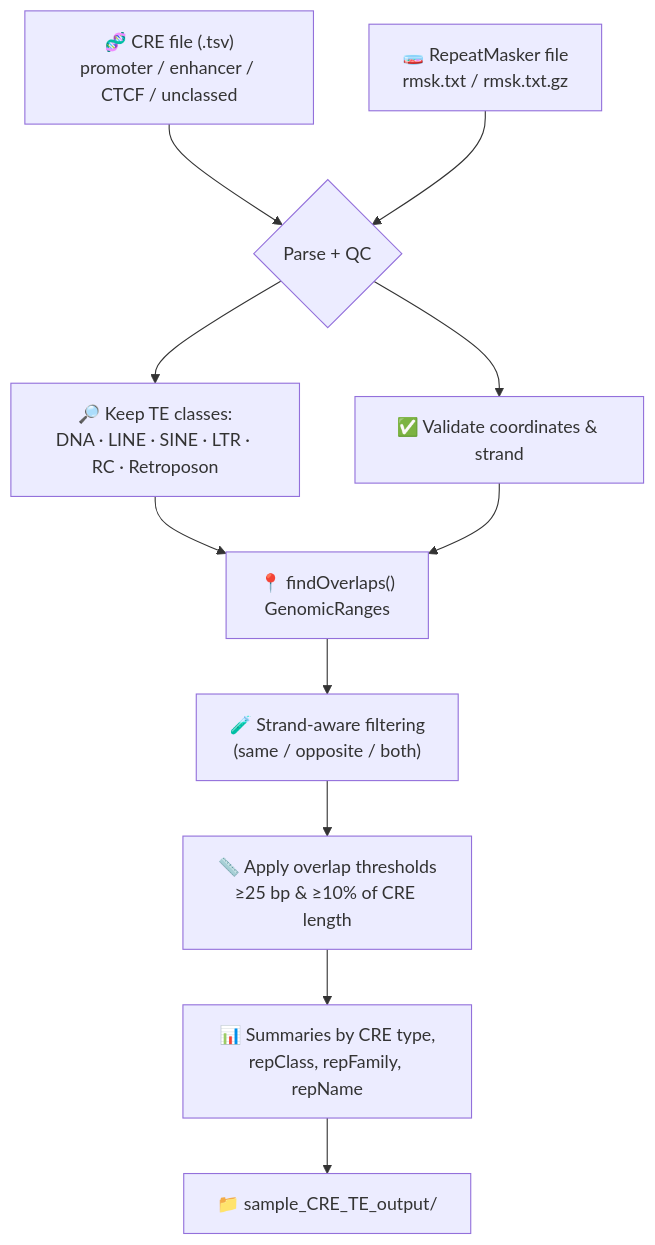
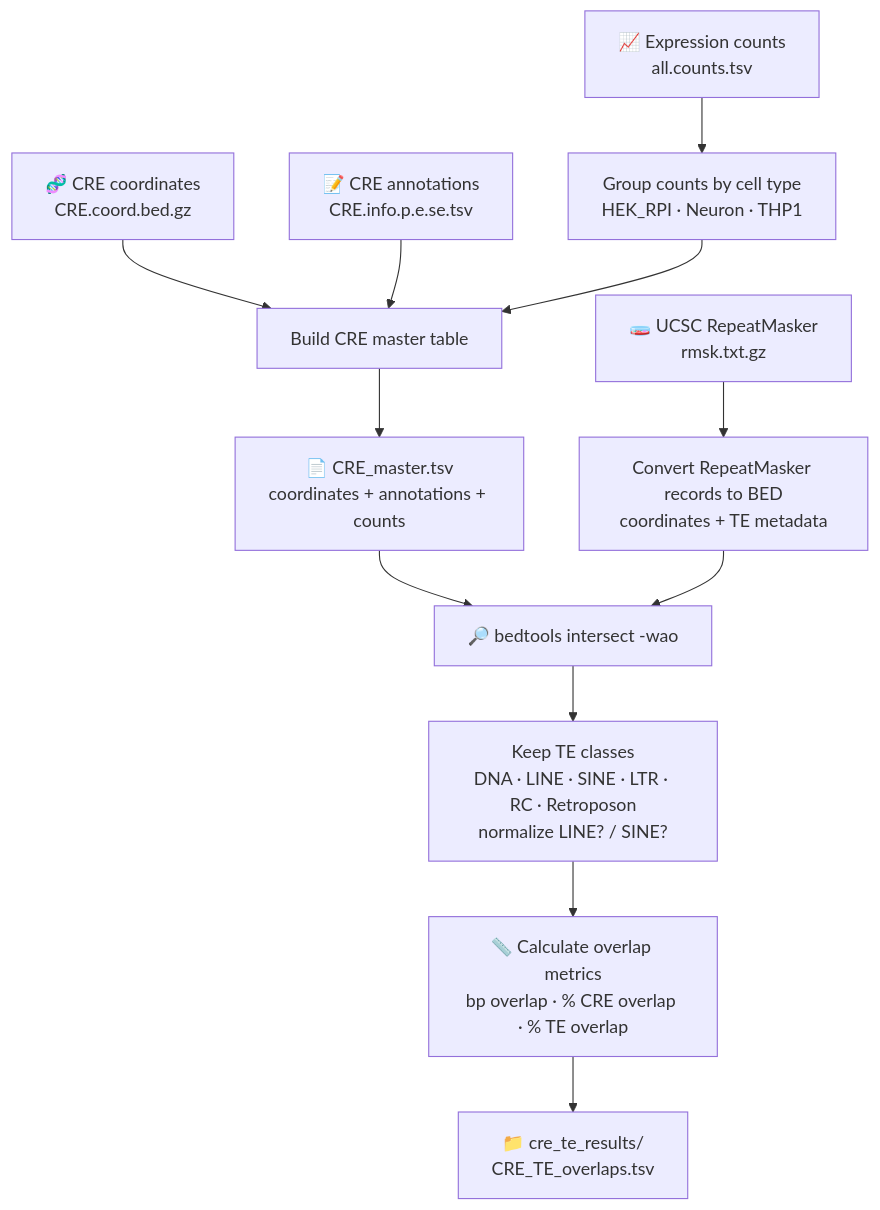
Before and after one commit to shakibahamedi/TE-CRE-analysis: the diagram in README.md, drawn with Mermaid. The commit also changed other lines of this file, not shown here.

First line of the commit message:
Revise README for CRE–TE overlap analysis

````diff
--- a/README.md
+++ b/README.md
@@ -46,13 +36,17 @@
 ```mermaid
 flowchart TD
-    A["🧬 CRE file (.tsv)<br/>promoter / enhancer / CTCF / unclassed"] --> C{Parse + QC}
-    B["🧫 RepeatMasker file<br/>rmsk.txt / rmsk.txt.gz"] --> C
-    C --> D["🔎 Keep TE classes:<br/>DNA · LINE · SINE · LTR · RC · Retroposon"]
-    C --> E["✅ Validate coordinates & strand"]
-    D --> F["📍 findOverlaps()<br/>GenomicRanges"]
-    E --> F
-    F --> G["🧪 Strand-aware filtering<br/>(same / opposite / both)"]
-    G --> H["📏 Apply overlap thresholds<br/>≥25 bp & ≥10% of CRE length"]
-    H --> I["📊 Summaries by CRE type,<br/>repClass, repFamily, repName"]
-    I --> J["📁 sample_CRE_TE_output/"]
+    A["🧬 CRE coordinates<br/>CRE.coord.bed.gz"] --> E["Build CRE master table"]
+    B["📝 CRE annotations<br/>CRE.info.p.e.se.tsv"] --> E
+    C["📈 Expression counts<br/>all.counts.tsv"] --> D["Group counts by cell type<br/>HEK_RPI · Neuron · THP1"]
+    D --> E
+
+    E --> F["📄 CRE_master.tsv<br/>coordinates + annotations + counts"]
+    G["🧫 UCSC RepeatMasker<br/>rmsk.txt.gz"] --> H["Convert RepeatMasker records to BED<br/>coordinates + TE metadata"]
+
+    F --> I["🔎 bedtools intersect -wao"]
+    H --> I
+
+    I --> J["Keep TE classes<br/>DNA · LINE · SINE · LTR · RC · Retroposon<br/>normalize LINE? / SINE?"]
+    J --> K["📏 Calculate overlap metrics<br/>bp overlap · % CRE overlap · % TE overlap"]
+    K --> L["📁 cre_te_results/<br/>CRE_TE_overlaps.tsv"]
 ```
````
